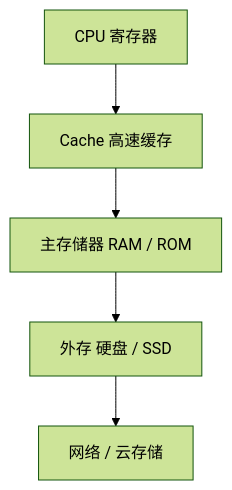
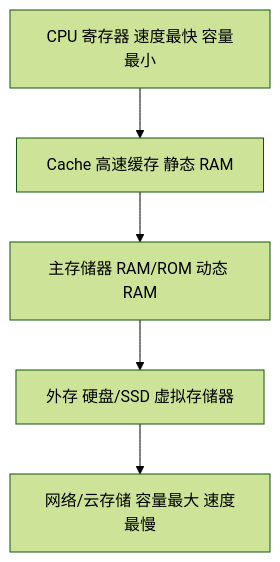
The first of 3 diagrams in 计算机系统/微机原理与接口技术B/05 半导体存储器/05-06 存储层次、Cache 与虚拟存储器.md (danlingdan/ComputerKnowledgeBase), drawn with Mermaid (forest theme) before and after one commit. The commit also changed other lines of this file and 68 other files, not shown here.

````diff
--- a/计算机系统/微机原理与接口技术B/05 半导体存储器/05-06 存储层次、Cache 与虚拟存储器.md
+++ b/计算机系统/微机原理与接口技术B/05 半导体存储器/05-06 存储层次、Cache 与虚拟存储器.md
@@ -35,7 +57,7 @@
 ```mermaid
 flowchart TD
-    REG["CPU 寄存器"] --> CACHE["Cache 高速缓存"]
-    CACHE --> MAIN["主存储器 RAM / ROM"]
-    MAIN --> DISK["外存 硬盘 / SSD"]
-    DISK --> NET["网络 / 云存储"]
+    REG["CPU 寄存器 速度最快 容量最小"] --> CACHE["Cache 高速缓存 静态 RAM"]
+    CACHE --> MAIN["主存储器 RAM/ROM 动态 RAM"]
+    MAIN --> DISK["外存 硬盘/SSD 虚拟存储器"]
+    DISK --> NET["网络/云存储 容量最大 速度最慢"]
 ```
````
